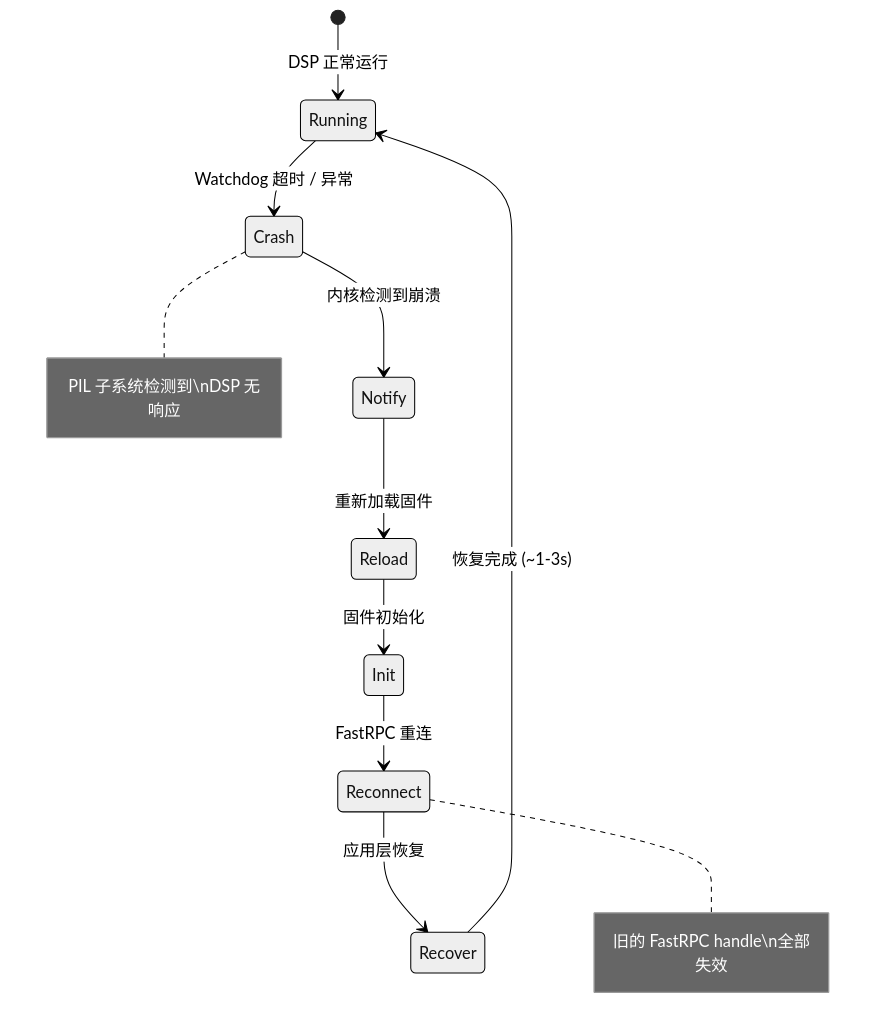
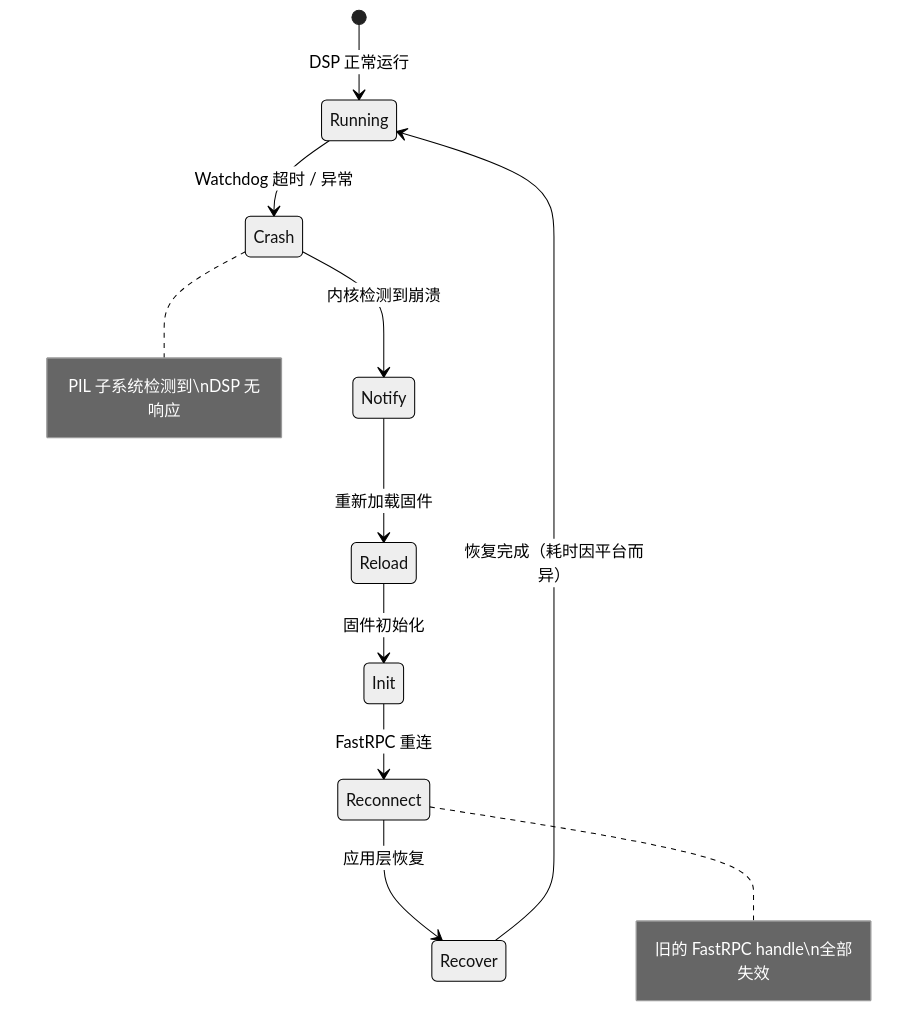
Before and after one commit to ranpin/edge-ai-docs: the eighth of 9 diagrams in cockpit/general/hardware.md, drawn with Mermaid (neutral theme). The commit also changed other lines of this file and 13 other files, not shown here.

````diff
--- a/cockpit/general/hardware.md
+++ b/cockpit/general/hardware.md
@@ -343,14 +398,14 @@
 ```mermaid
 stateDiagram-v2
     [*] --> Running : DSP 正常运行
     Running --> Crash : Watchdog 超时 / 异常
     Crash --> Notify : 内核检测到崩溃
     Notify --> Reload : 重新加载固件
     Reload --> Init : 固件初始化
     Init --> Reconnect : FastRPC 重连
     Reconnect --> Recover : 应用层恢复
-    Recover --> Running : 恢复完成 (~1-3s)
+    Recover --> Running : 恢复完成（耗时因平台而异）
 
     note right of Crash : PIL 子系统检测到\nDSP 无响应
     note right of Reconnect : 旧的 FastRPC handle\n全部失效
 ```
````
